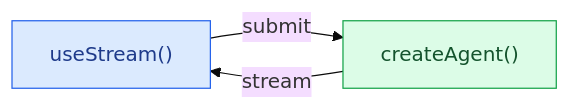
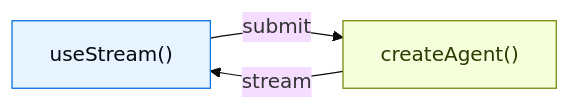
One commit to kunfan96/cndocs-langchain changed the diagram in oss/javascript/langchain/frontend/overview.mdx. Above: the diagram before and after it, drawn with Mermaid (base theme). The commit also changed other lines of this file and 2538 other files, not shown here.

````diff
--- a/oss/javascript/langchain/frontend/overview.mdx
+++ b/oss/javascript/langchain/frontend/overview.mdx
@@ -12,21 +12,21 @@
 ```mermaid
 %%{
   init: {
     "fontFamily": "monospace",
     "flowchart": {
       "curve": "curve"
     }
   }
 }%%
 graph LR
   FRONTEND["useStream()"]
   BACKEND["createAgent()"]
 
   BACKEND --"stream"--> FRONTEND
   FRONTEND --"submit"--> BACKEND
 
-  classDef blueHighlight fill:#DBEAFE,stroke:#2563EB,color:#1E3A8A;
-  classDef greenHighlight fill:#DCFCE7,stroke:#16A34A,color:#14532D;
+  classDef blueHighlight fill:#E5F4FF,stroke:#006DDD,color:#030710;
+  classDef greenHighlight fill:#F6FFDB,stroke:#6E8900,color:#2E3900;
   class FRONTEND blueHighlight;
   class BACKEND greenHighlight;
 ```
````
